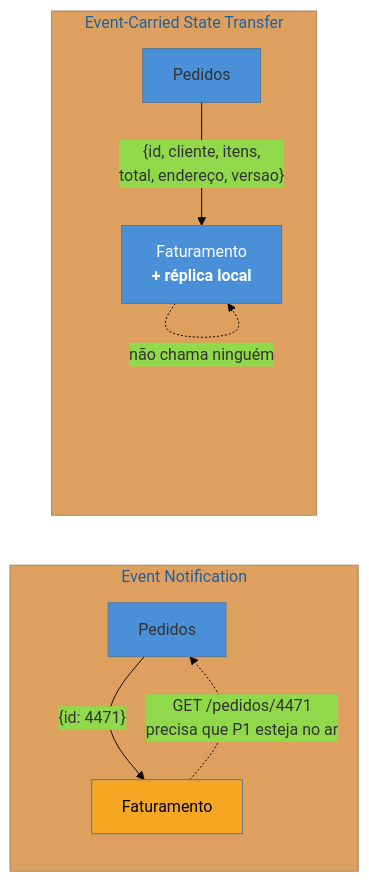
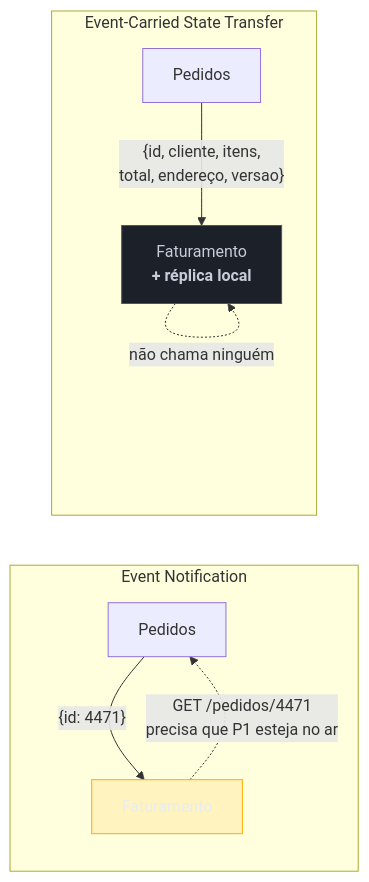
One commit to josenaldo/codex-technomanticus changed the diagram in 03-Dominios/Engenharia/Design de Software/Padrões de Projeto/Arquitetura de Eventos/04 - Event-Carried State Transfer.md. Above: the diagram before and after it, drawn with Mermaid. The commit also changed 1181 other files, not shown here.

First line of the commit message:
fix(diagramas): paleta do sistema no lugar de cor cravada no markdown

````diff
--- a/03-Dominios/Engenharia/Design de Software/Padrões de Projeto/Arquitetura de Eventos/04 - Event-Carried State Transfer.md
+++ b/03-Dominios/Engenharia/Design de Software/Padrões de Projeto/Arquitetura de Eventos/04 - Event-Carried State Transfer.md
@@ -40,16 +40,17 @@
 ```mermaid
-%%{init: {"theme": "base", "themeVariables": {"primaryColor": "#4A90D9"}}}%%
 graph LR
+    classDef destaque fill:#FFAA0024,stroke:#FFAA00,color:#E9ECF2
+    classDef neutro fill:#1B2029,stroke:#4E5666,color:#C6CCD8
     subgraph N["Event Notification"]
         P1["Pedidos"] -->|"{id: 4471}"| C1["Faturamento"]
         C1 -.->|"GET /pedidos/4471<br/>precisa que P1 esteja no ar"| P1
     end
 
     subgraph E["Event-Carried State Transfer"]
         P2["Pedidos"] -->|"{id, cliente, itens,<br/>total, endereço, versao}"| C2["Faturamento<br/><b>+ réplica local</b>"]
         C2 -.->|"não chama ninguém"| C2
     end
 
-    style C1 fill:#F5A623,color:#000
-    style C2 fill:#4A90D9,color:#fff
+    class C1 destaque
+    class C2 neutro
 ```
````
